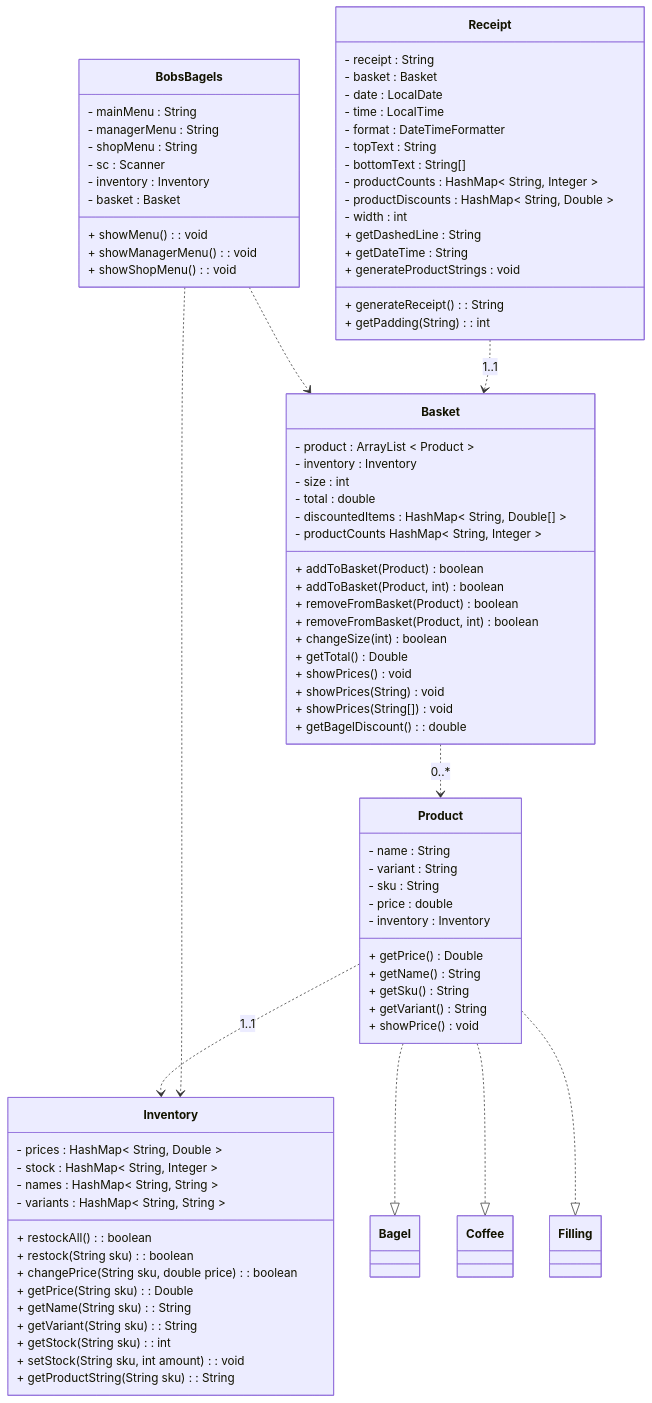
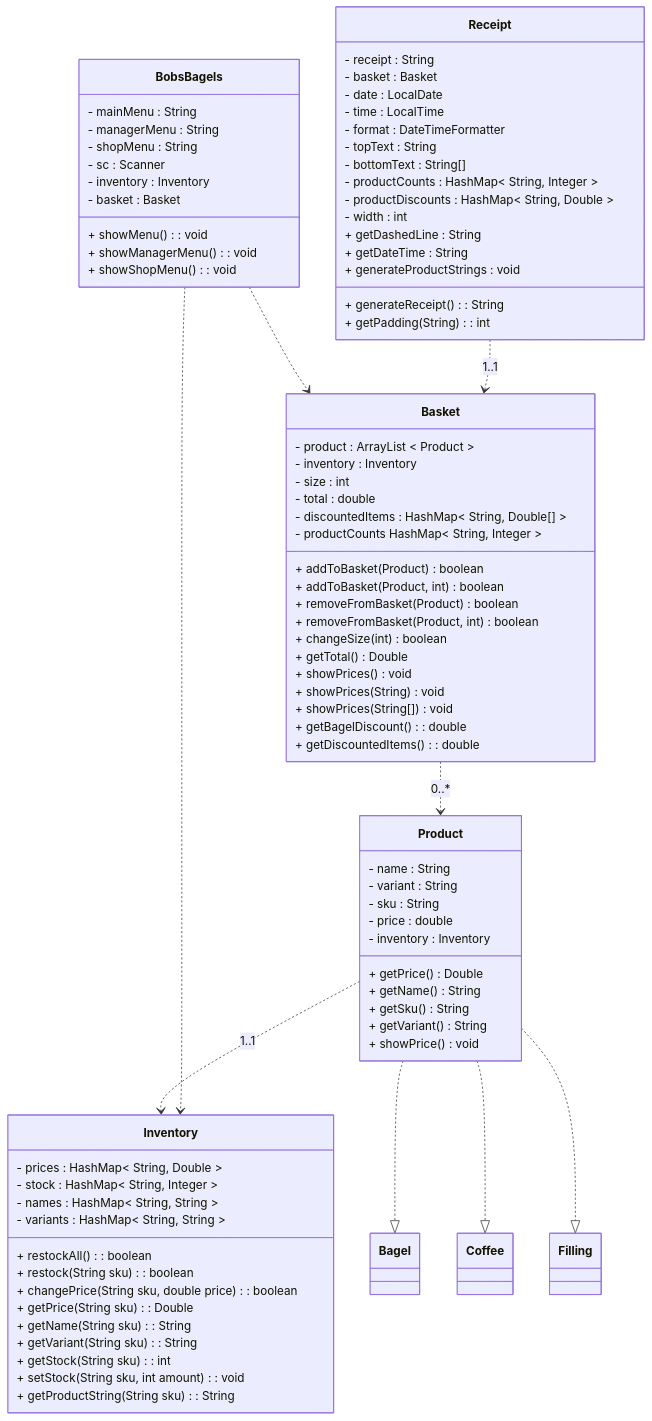
Before and after one commit to nora-hansen/java-tdd-oop-bobs-bagels: the diagram in class-diagram.md, drawn with Mermaid. The commit also changed 4 other files, not shown here.

```diff
--- a/class-diagram.md
+++ b/class-diagram.md
@@ -17,6 +17,7 @@
         + showPrices(String) void
         + showPrices(String[]) void
         + getBagelDiscount() : double
+        + getDiscountedItems() : double
         }
     class Product{    
         - name : String
```
